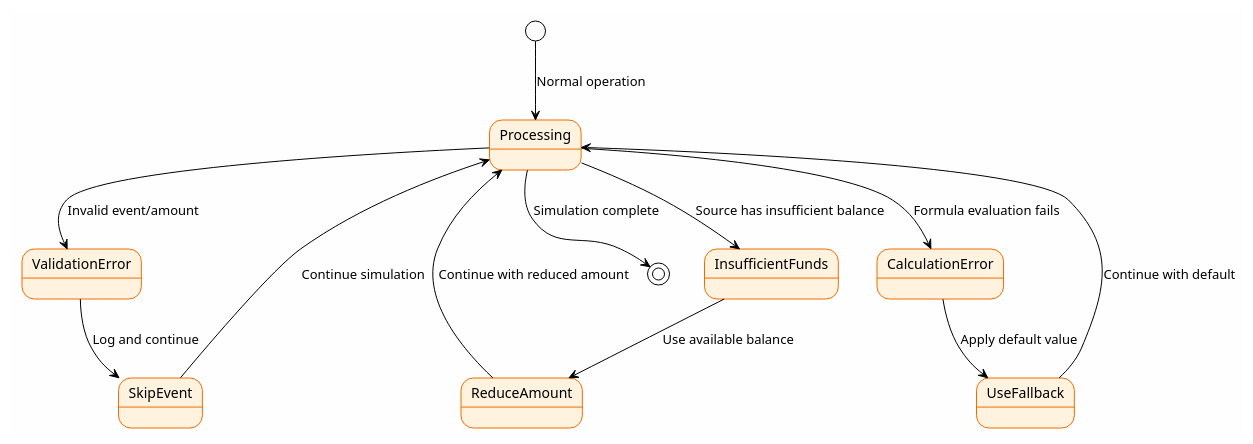
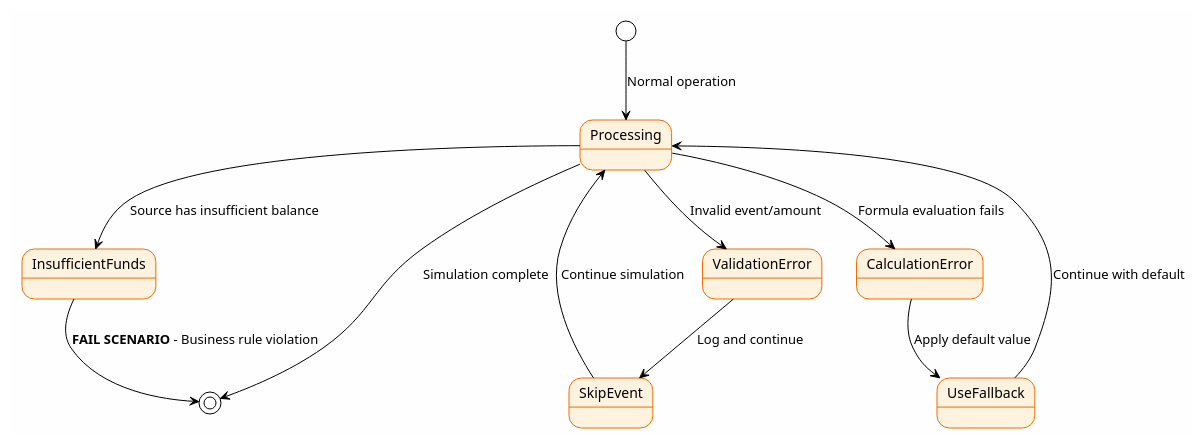
Before and after one commit to andypaul65/RatRace2025: diagram 13 of 17 in RatRace2025/docs/design/simulation-engine.md, drawn with PlantUML. The commit also changed 7 other files, not shown here.

First line of the commit message:
feat: Implement immediate scenario failure on business rule violations

````diff
--- a/RatRace2025/docs/design/simulation-engine.md
+++ b/RatRace2025/docs/design/simulation-engine.md
@@ -455,25 +455,24 @@
 ```plantuml
 @startuml Error Handling
 !theme plain
 skinparam backgroundColor #FEFEFE
 skinparam State {
     BackgroundColor #FFF3E0
     BorderColor #EF6C00
 }
 
 [*] --> Processing : Normal operation
 Processing --> ValidationError : Invalid event/amount
 Processing --> InsufficientFunds : Source has insufficient balance
 Processing --> CalculationError : Formula evaluation fails
 
 ValidationError --> SkipEvent : Log and continue
-InsufficientFunds --> ReduceAmount : Use available balance
+InsufficientFunds --> [*] : **FAIL SCENARIO** - Business rule violation
 CalculationError --> UseFallback : Apply default value
 
 SkipEvent --> Processing : Continue simulation
-ReduceAmount --> Processing : Continue with reduced amount
 UseFallback --> Processing : Continue with default
 
 Processing --> [*] : Simulation complete
 @enduml
 ```
````
